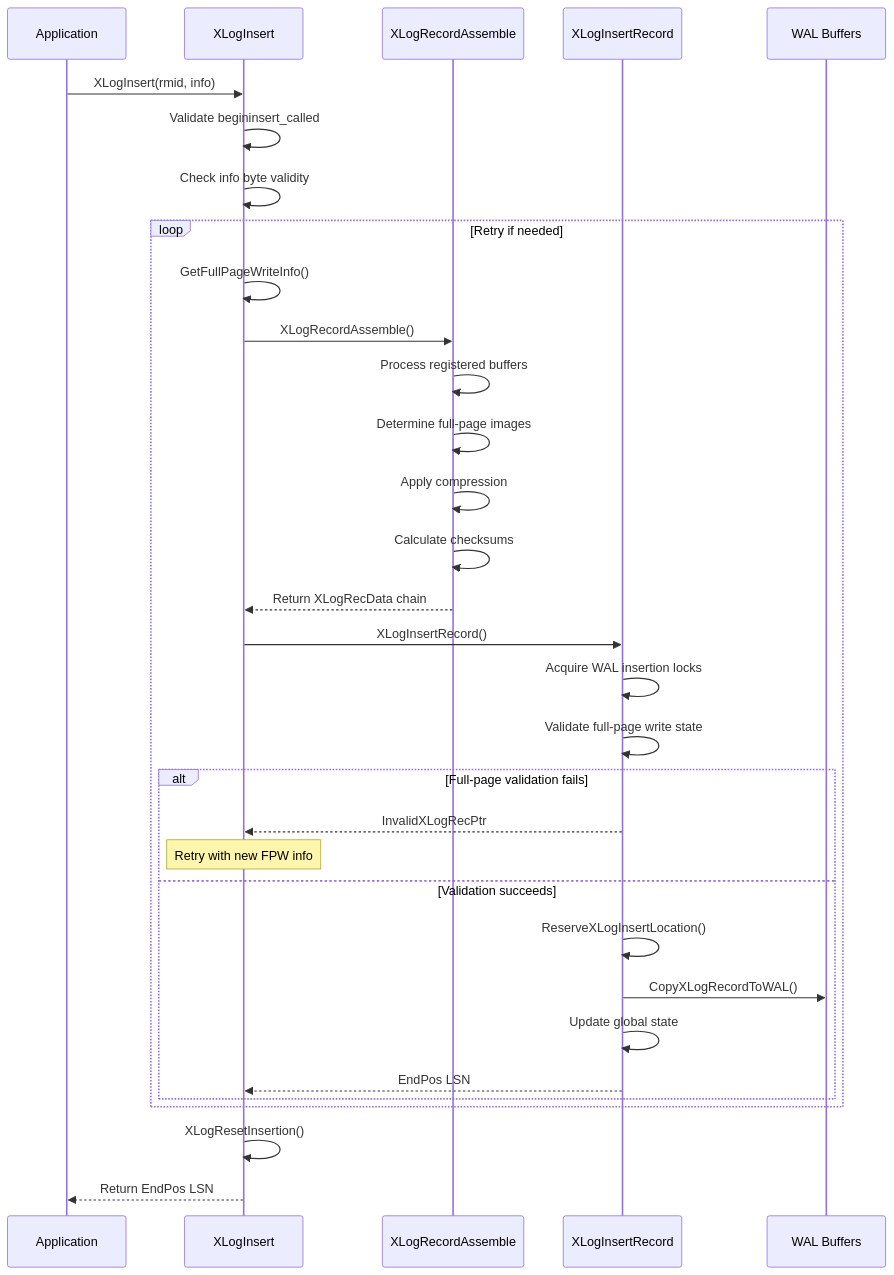
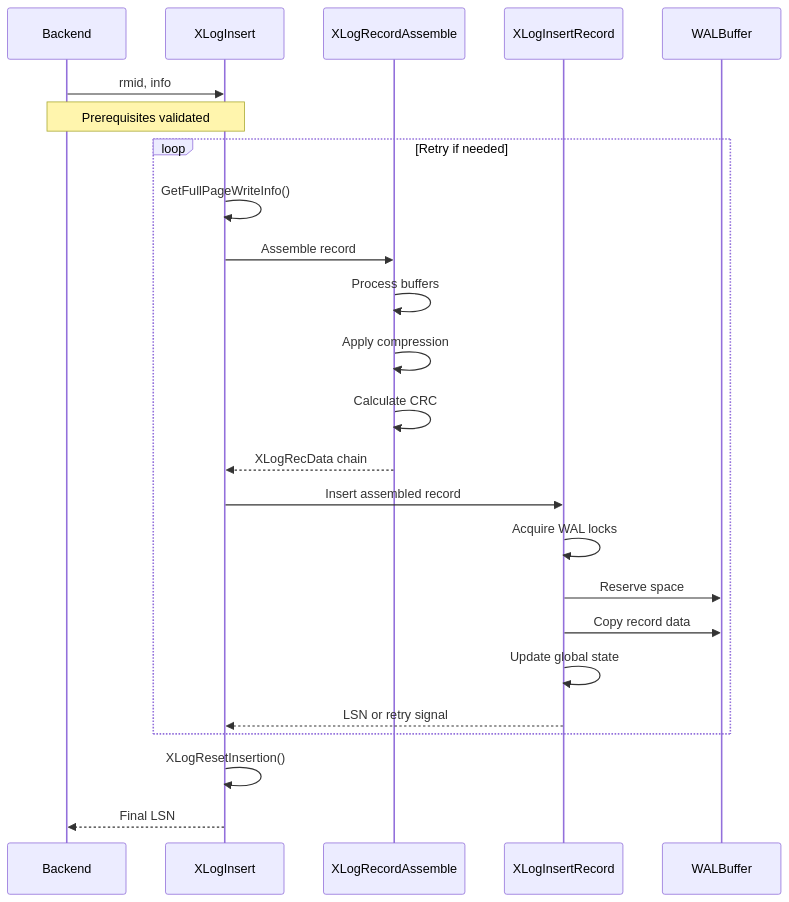
One commit to ryogrid/create_pg_super_document changed the second of 2 diagrams in topic_specific_generated_docs/about_wal/component_wal_generation.md. Above: the diagram before and after it, drawn with Mermaid. The commit also changed other lines of this file and 34 other files, not shown here.

````diff
--- a/topic_specific_generated_docs/about_wal/component_wal_generation.md
+++ b/topic_specific_generated_docs/about_wal/component_wal_generation.md
@@ -216,39 +233,31 @@
 ```mermaid
 sequenceDiagram
-    participant App as Application
-    participant XLI as XLogInsert
-    participant XRA as XLogRecordAssemble
-    participant XIR as XLogInsertRecord
-    participant WAL as WAL Buffers
+    participant Backend
+    participant XLogInsert
+    participant XLogRecordAssemble
+    participant XLogInsertRecord
+    participant WALBuffer
 
-    App->>XLI: XLogInsert(rmid, info)
-    XLI->>XLI: Validate begininsert_called
-    XLI->>XLI: Check info byte validity
+    Backend->>XLogInsert: rmid, info
+    Note over Backend,XLogInsert: Prerequisites validated
 
     loop Retry if needed
-        XLI->>XLI: GetFullPageWriteInfo()
-        XLI->>XRA: XLogRecordAssemble()
-        XRA->>XRA: Process registered buffers
-        XRA->>XRA: Determine full-page images
-        XRA->>XRA: Apply compression
-        XRA->>XRA: Calculate checksums
-        XRA-->>XLI: Return XLogRecData chain
+        XLogInsert->>XLogInsert: GetFullPageWriteInfo()
+        XLogInsert->>XLogRecordAssemble: Assemble record
 
-        XLI->>XIR: XLogInsertRecord()
-        XIR->>XIR: Acquire WAL insertion locks
-        XIR->>XIR: Validate full-page write state
+        XLogRecordAssemble->>XLogRecordAssemble: Process buffers
+        XLogRecordAssemble->>XLogRecordAssemble: Apply compression
+        XLogRecordAssemble->>XLogRecordAssemble: Calculate CRC
+        XLogRecordAssemble-->>XLogInsert: XLogRecData chain
 
-        alt Full-page validation fails
-            XIR-->>XLI: InvalidXLogRecPtr
-            Note over XLI: Retry with new FPW info
-        else Validation succeeds
-            XIR->>XIR: ReserveXLogInsertLocation()
-            XIR->>WAL: CopyXLogRecordToWAL()
-            XIR->>XIR: Update global state
-            XIR-->>XLI: EndPos LSN
-        end
+        XLogInsert->>XLogInsertRecord: Insert assembled record
+        XLogInsertRecord->>XLogInsertRecord: Acquire WAL locks
+        XLogInsertRecord->>WALBuffer: Reserve space
+        XLogInsertRecord->>WALBuffer: Copy record data
+        XLogInsertRecord->>XLogInsertRecord: Update global state
+        XLogInsertRecord-->>XLogInsert: LSN or retry signal
     end
 
-    XLI->>XLI: XLogResetInsertion()
-    XLI-->>App: Return EndPos LSN
+    XLogInsert->>XLogInsert: XLogResetInsertion()
+    XLogInsert-->>Backend: Final LSN
 ```
````
